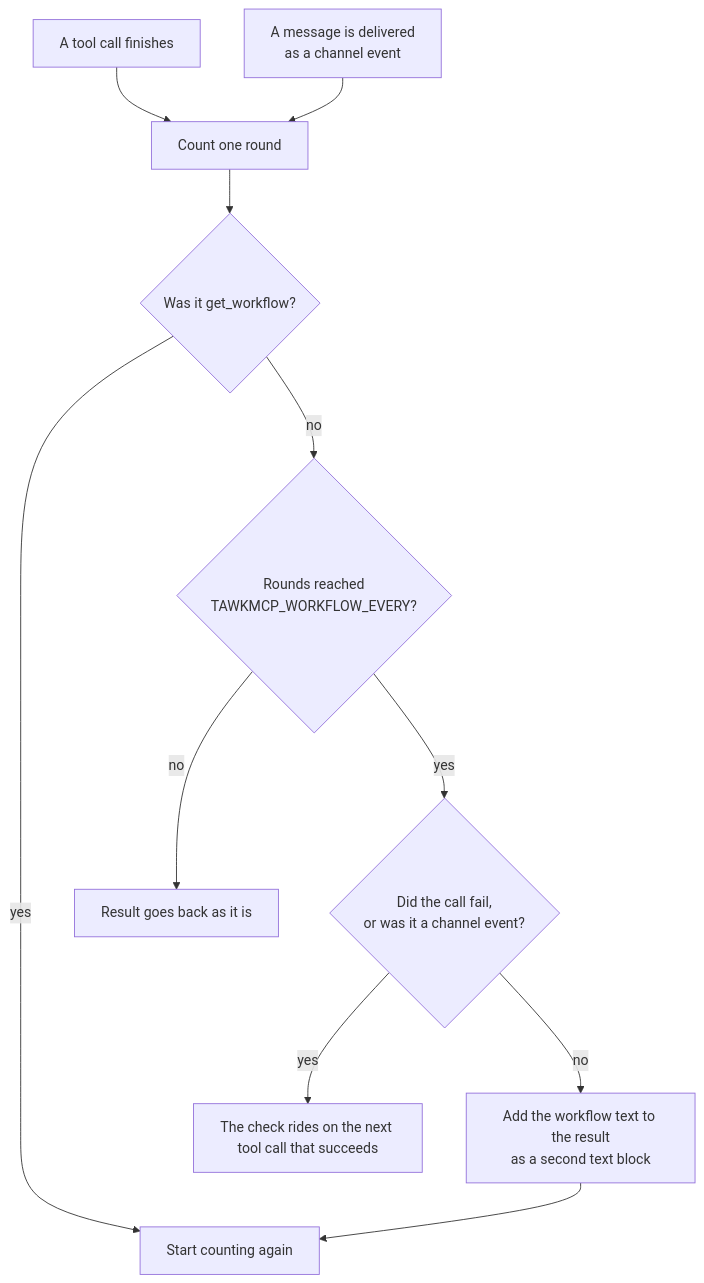
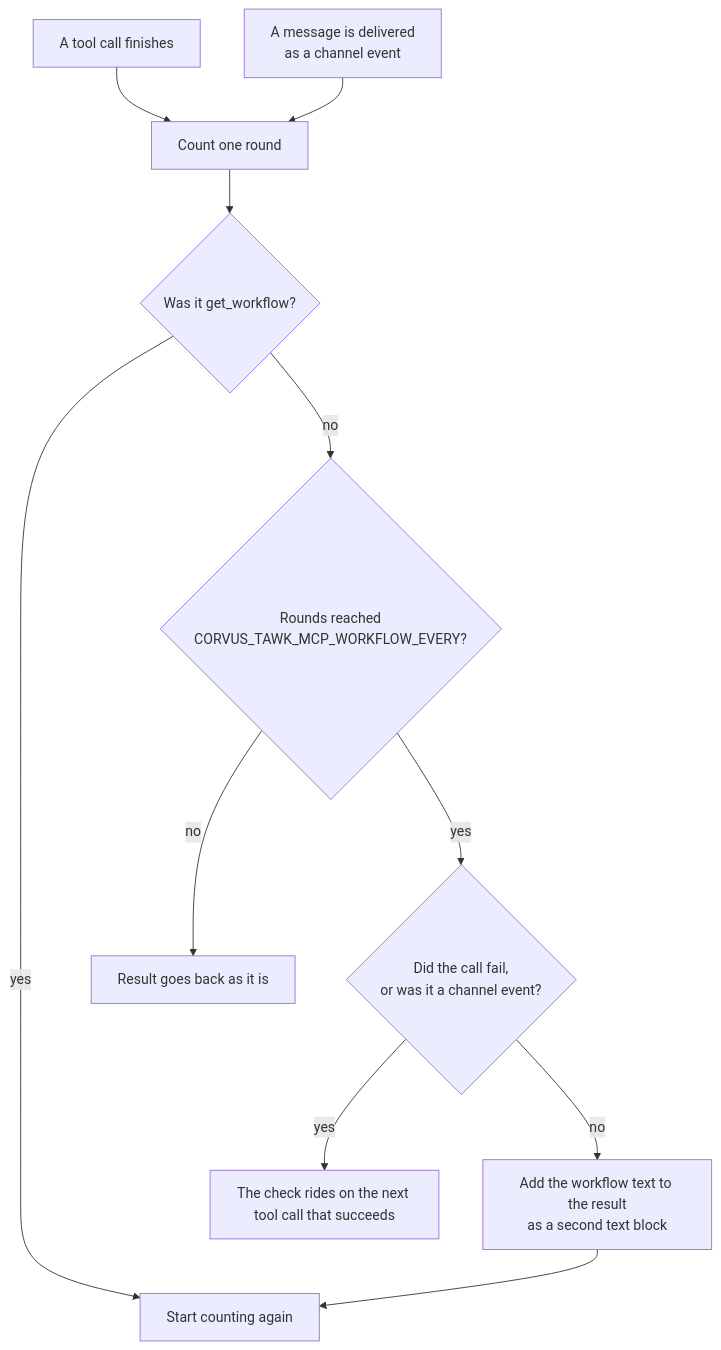
One commit to loganventer/Corvus.Mcp.Server.Tawk changed diagram 14 of 14 in HOW_IT_WORKS.md. Above: the diagram before and after it, drawn with Mermaid. The commit also changed other lines of this file and 117 other files, not shown here.

````diff
--- a/HOW_IT_WORKS.md
+++ b/HOW_IT_WORKS.md
@@ -395,13 +395,13 @@
 ```mermaid
 flowchart TD
     CALL["A tool call finishes"] --> COUNT["Count one round"]
     EVENT["A message is delivered<br/>as a channel event"] --> COUNT
     COUNT --> WHICH{"Was it get_workflow?"}
     WHICH -- yes --> RESET["Start counting again"]
-    WHICH -- no --> DUE{"Rounds reached<br/>TAWKMCP_WORKFLOW_EVERY?"}
+    WHICH -- no --> DUE{"Rounds reached<br/>CORVUS_TAWK_MCP_WORKFLOW_EVERY?"}
     DUE -- no --> PLAIN["Result goes back as it is"]
     DUE -- yes --> FAILED{"Did the call fail,<br/>or was it a channel event?"}
     FAILED -- yes --> WAIT["The check rides on the next tool call that succeeds"]
     FAILED -- no --> ADD["Add the workflow text to the result<br/>as a second text block"]
     ADD --> RESET
 ```
````
